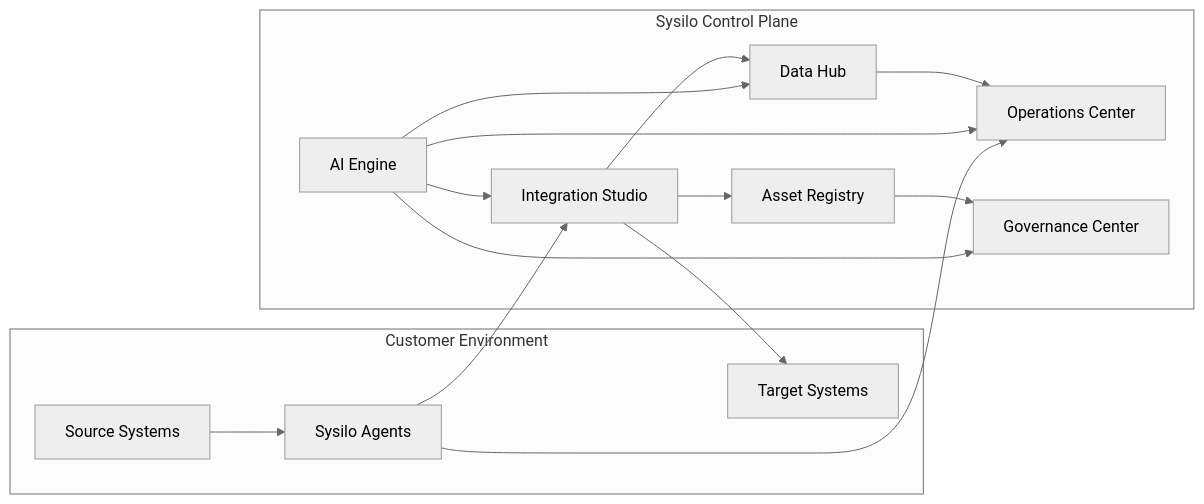
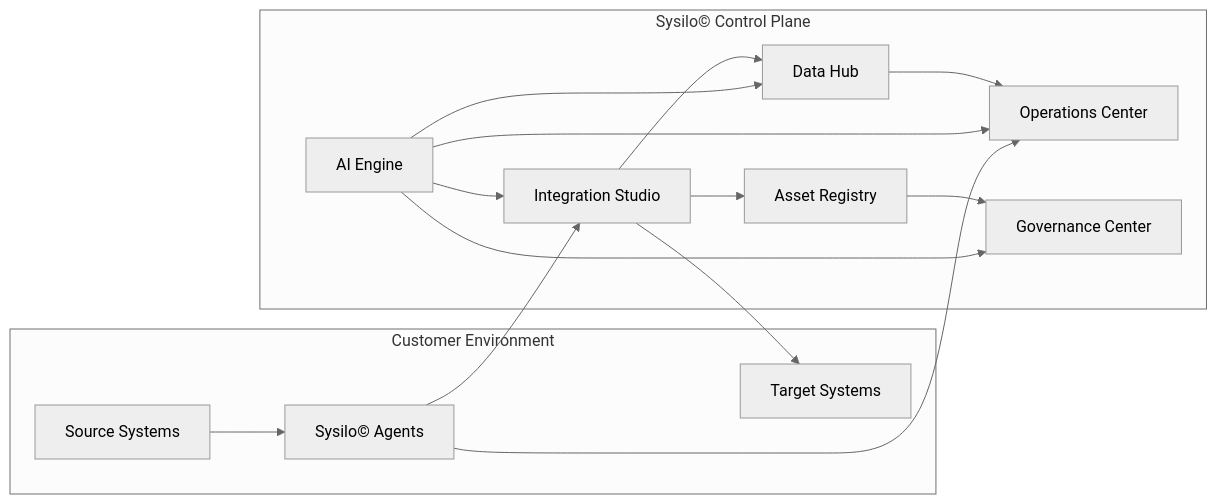
Before and after one commit to JonathanDumitru/Sysilo: the diagram in docs/overview.md, drawn with Mermaid (neutral theme). The commit also changed other lines of this file and 9 other files, not shown here.

````diff
--- a/docs/overview.md
+++ b/docs/overview.md
@@ -19,29 +19,29 @@
 ```mermaid
 flowchart LR
   subgraph CustomerEnv[Customer Environment]
     SysA[Source Systems]
     SysB[Target Systems]
-    Agent[Sysilo Agents]
+    Agent[Sysilo© Agents]
   end
 
-  subgraph ControlPlane[Sysilo Control Plane]
+  subgraph ControlPlane[Sysilo© Control Plane]
     Studio[Integration Studio]
     Hub[Data Hub]
     Registry[Asset Registry]
     Ops[Operations Center]
     Gov[Governance Center]
     AI[AI Engine]
   end
 
   SysA --> Agent --> Studio
   Studio --> Hub
   Studio --> Registry
   Hub --> Ops
   Registry --> Gov
   AI --> Studio
   AI --> Hub
   AI --> Ops
   AI --> Gov
   Agent --> Ops
   Studio --> SysB
 ```
````
